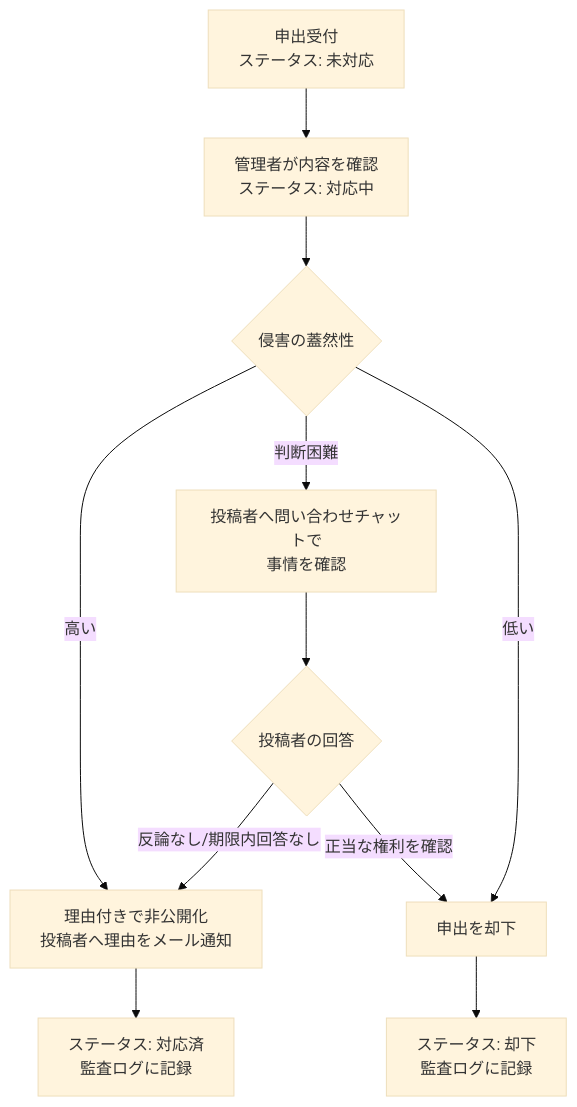
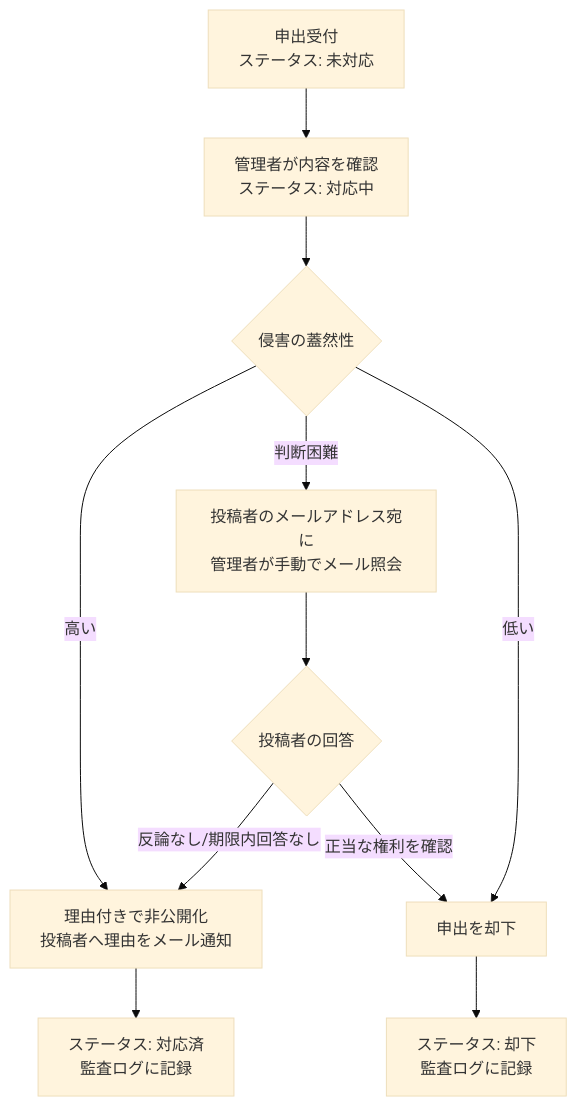
One commit to kurachiweb/genai-example-2-launch-platform changed the diagram in docs/GUIDES/service/legal/005-copyright-takedown-flow.md. Above: the diagram before and after it, drawn with Mermaid (base theme). The commit also changed other lines of this file, not shown here.

````diff
--- a/docs/GUIDES/service/legal/005-copyright-takedown-flow.md
+++ b/docs/GUIDES/service/legal/005-copyright-takedown-flow.md
@@ -20,13 +20,13 @@
 ```mermaid
 flowchart TD
     A[申出受付<br>ステータス: 未対応] --> B[管理者が内容を確認<br>ステータス: 対応中]
     B --> C{侵害の蓋然性}
     C -- 高い --> D[理由付きで非公開化<br>投稿者へ理由をメール通知]
-    C -- 判断困難 --> E[投稿者へ問い合わせチャットで<br>事情を確認]
+    C -- 判断困難 --> E[投稿者のメールアドレス宛に<br>管理者が手動でメール照会]
     E --> F{投稿者の回答}
     F -- 反論なし/期限内回答なし --> D
     F -- 正当な権利を確認 --> G[申出を却下]
     C -- 低い --> G
     D --> H[ステータス: 対応済<br>監査ログに記録]
     G --> I[ステータス: 却下<br>監査ログに記録]
 ```
````
